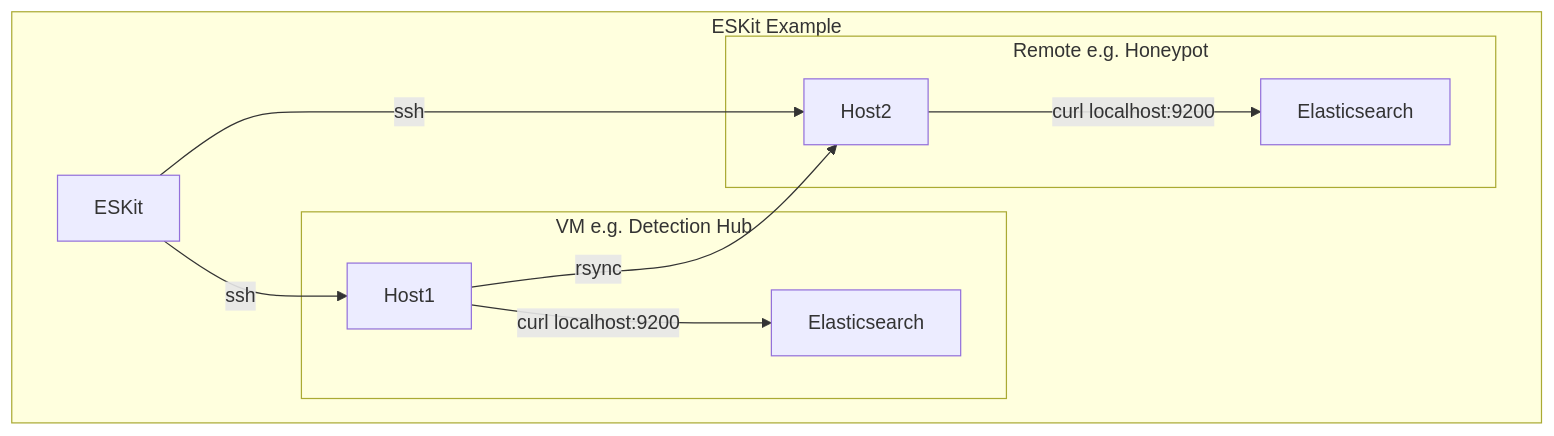
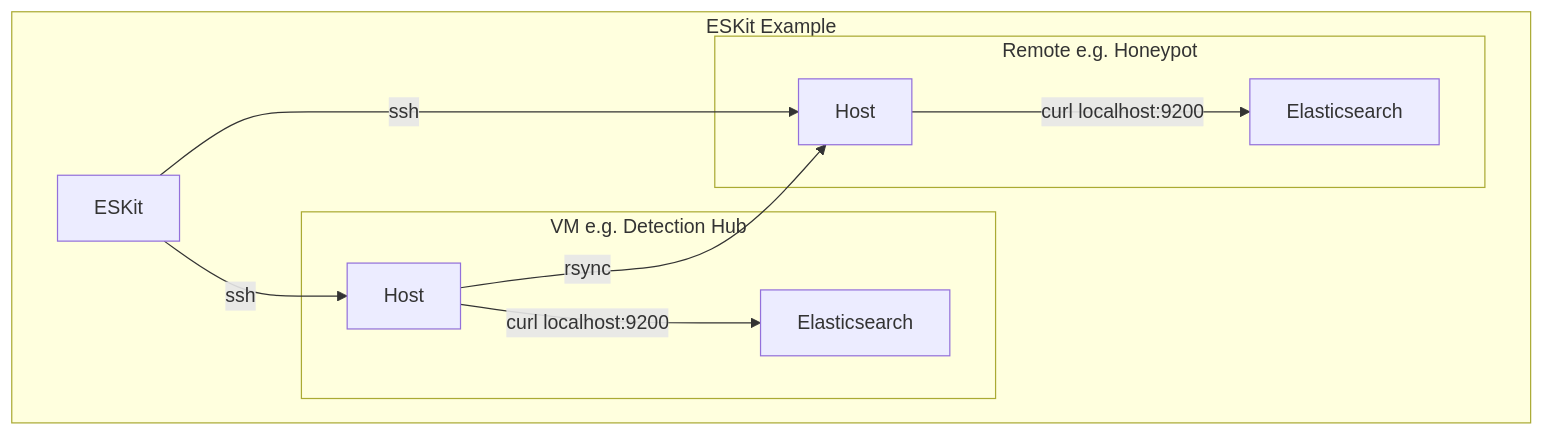
Before and after one commit to damixen/eskit: the diagram in README.md, drawn with Mermaid. The commit also changed other lines of this file, not shown here.

````diff
--- a/README.md
+++ b/README.md
@@ -93,24 +91,24 @@
 ```mermaid
 flowchart
     subgraph canvas["ESKit Example"]
         eskit["ESKit"]
         subgraph vm[VM e.g. Detection Hub]
-            host_vm["Host1"]
+            host_vm["Host"]
             elasticsearch_vm["Elasticsearch"]
         end
         subgraph remotehost[Remote e.g. Honeypot]
-            host_remote["Host2"]
+            host_remote["Host"]
             elasticsearch_remote["Elasticsearch"]
         end
     end
 
     eskit -->|ssh|host_vm 
     host_vm -->|curl localhost:9200| elasticsearch_vm
 
     eskit -->|ssh|host_remote
     host_remote -->|curl localhost:9200| elasticsearch_remote
 
     host_vm-->|rsync|host_remote
 
     
 ```
````
